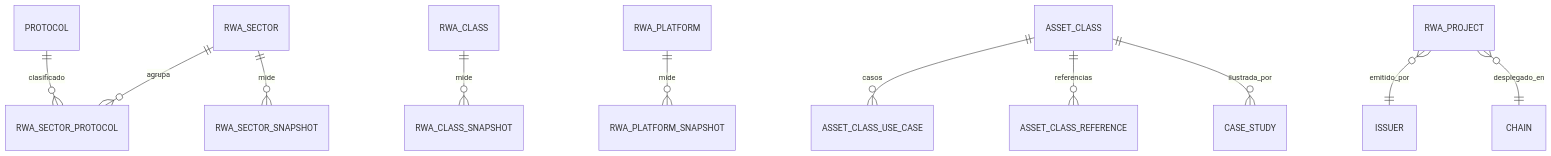
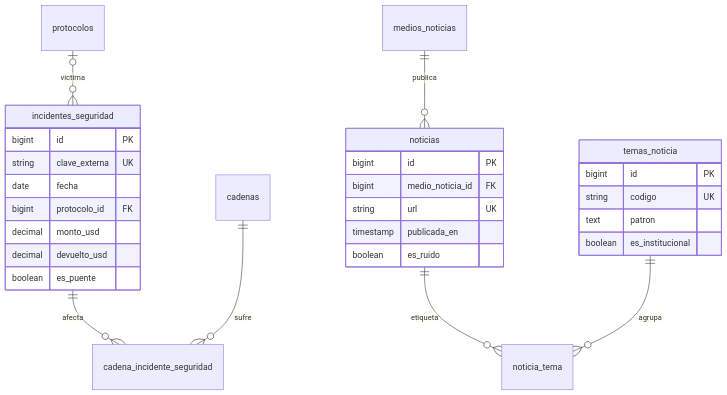
The sixth of 8 diagrams in JaviviMonitor-modelo-ER.md (UnidadBFdigital/JaviviMonitor), drawn with Mermaid before and after one commit. The commit also changed other lines of this file, not shown here.

````diff
--- a/JaviviMonitor-modelo-ER.md
+++ b/JaviviMonitor-modelo-ER.md
@@ -643,13 +1281,32 @@
 ```mermaid
 erDiagram
-    RWA_SECTOR ||--o{ RWA_SECTOR_PROTOCOL : agrupa
-    PROTOCOL ||--o{ RWA_SECTOR_PROTOCOL : clasificado
-    RWA_SECTOR ||--o{ RWA_SECTOR_SNAPSHOT : mide
-    RWA_CLASS ||--o{ RWA_CLASS_SNAPSHOT : mide
-    RWA_PLATFORM ||--o{ RWA_PLATFORM_SNAPSHOT : mide
-    ASSET_CLASS ||--o{ ASSET_CLASS_USE_CASE : casos
-    ASSET_CLASS ||--o{ ASSET_CLASS_REFERENCE : referencias
-    ASSET_CLASS ||--o{ CASE_STUDY : ilustrada_por
-    RWA_PROJECT }o--|| ISSUER : emitido_por
-    RWA_PROJECT }o--|| CHAIN : desplegado_en
+    incidentes_seguridad ||--o{ cadena_incidente_seguridad : afecta
+    cadenas ||--o{ cadena_incidente_seguridad : sufre
+    protocolos |o--o{ incidentes_seguridad : "víctima"
+    medios_noticias ||--o{ noticias : publica
+    noticias ||--o{ noticia_tema : etiqueta
+    temas_noticia ||--o{ noticia_tema : agrupa
+
+    incidentes_seguridad {
+        bigint id PK
+        string clave_externa UK
+        date fecha
+        bigint protocolo_id FK
+        decimal monto_usd
+        decimal devuelto_usd
+        boolean es_puente
+    }
+    noticias {
+        bigint id PK
+        bigint medio_noticia_id FK
+        string url UK
+        timestamp publicada_en
+        boolean es_ruido
+    }
+    temas_noticia {
+        bigint id PK
+        string codigo UK
+        text patron
+        boolean es_institucional
+    }
 ```
````
